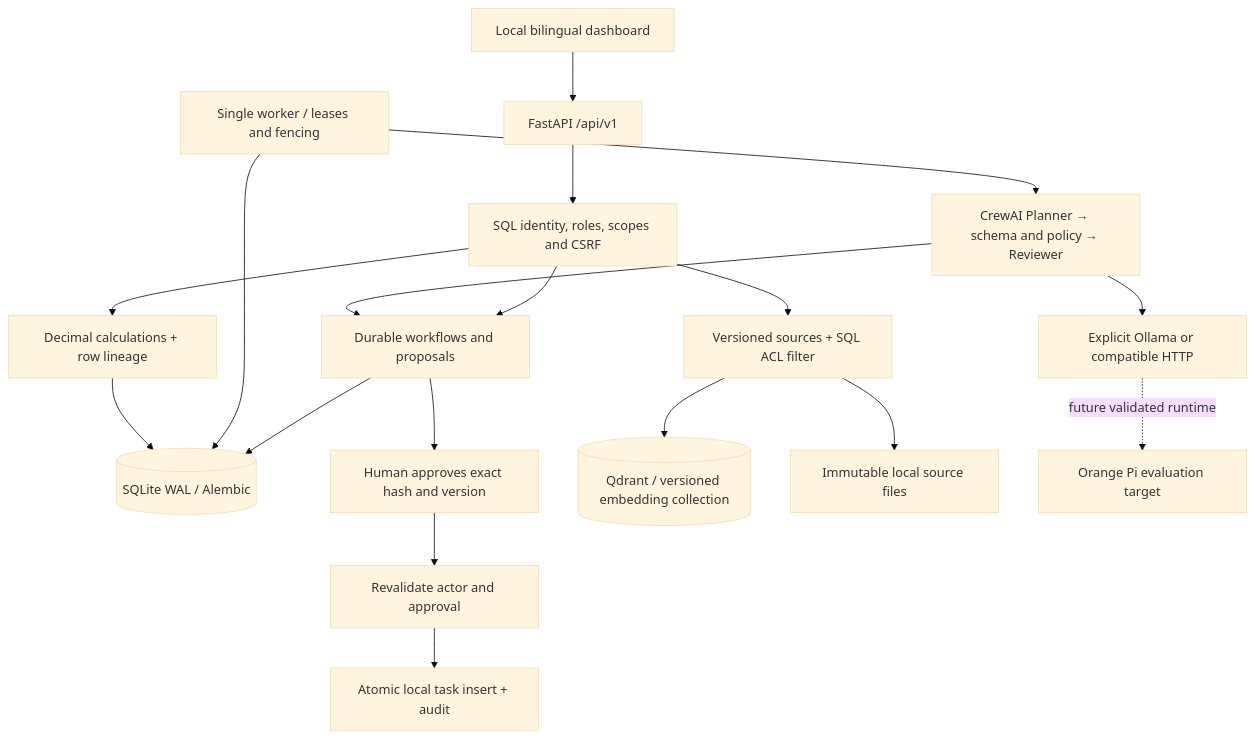
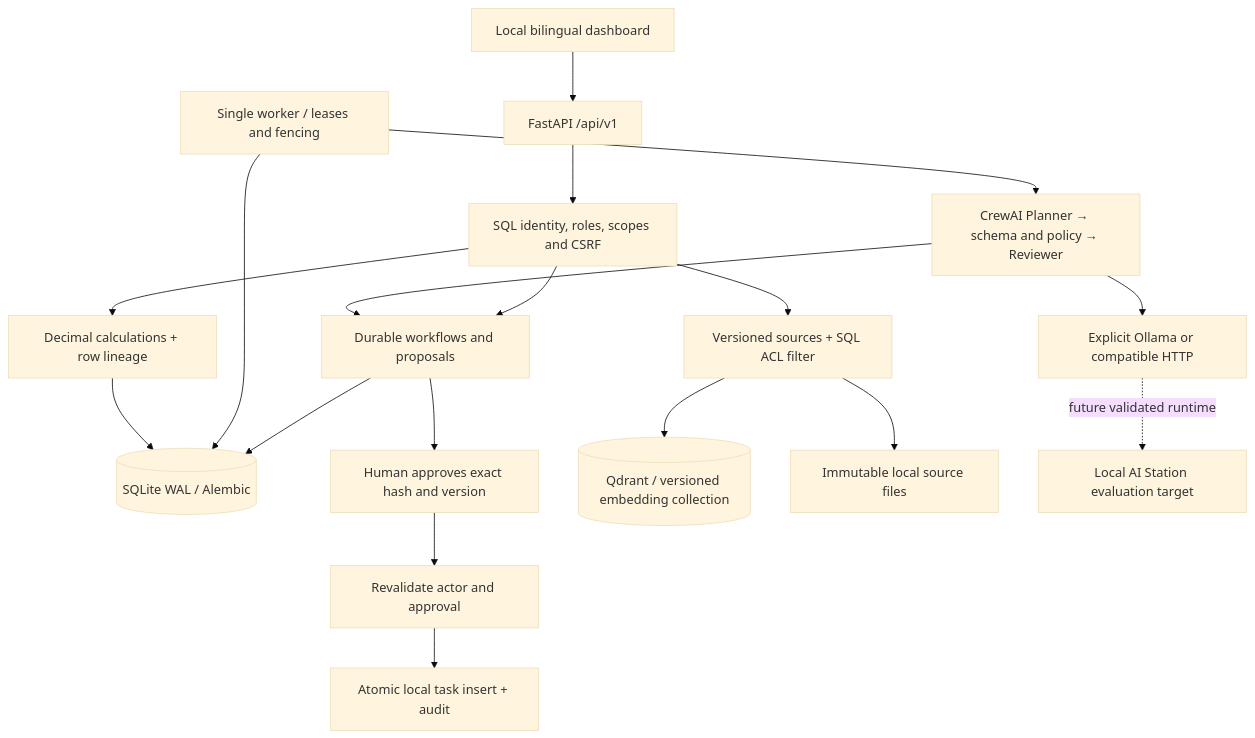
One commit to edkhv/ai-office changed the diagram in docs/ARCHITECTURE.md. Above: the diagram before and after it, drawn with Mermaid (base theme). The commit also changed 27 other files, not shown here.

Commit message:
Use vendor-neutral Local AI Station 96–128 GB positioning

````diff
--- a/docs/ARCHITECTURE.md
+++ b/docs/ARCHITECTURE.md
@@ -5,20 +5,20 @@
 ```mermaid
 flowchart TD
     UI[Local bilingual dashboard] --> API[FastAPI /api/v1]
     API --> AUTH[SQL identity, roles, scopes and CSRF]
     AUTH --> WF[Durable workflows and proposals]
     WF --> DB[(SQLite WAL / Alembic)]
     WORKER[Single worker / leases and fencing] --> DB
     WORKER --> PLAN[CrewAI Planner → schema and policy → Reviewer]
     PLAN --> LOCAL[Explicit Ollama or compatible HTTP]
     PLAN --> WF
     WF --> APPROVE[Human approves exact hash and version]
     APPROVE --> EXEC[Revalidate actor and approval]
     EXEC --> TASKS[Atomic local task insert + audit]
     AUTH --> RAG[Versioned sources + SQL ACL filter]
     RAG --> Q[(Qdrant / versioned embedding collection)]
     RAG --> FILES[Immutable local source files]
     AUTH --> METRIC[Decimal calculations + row lineage]
     METRIC --> DB
-    LOCAL -. future validated runtime .-> HW[Orange Pi evaluation target]
+    LOCAL -. future validated runtime .-> HW[Local AI Station evaluation target]
 ```
````
